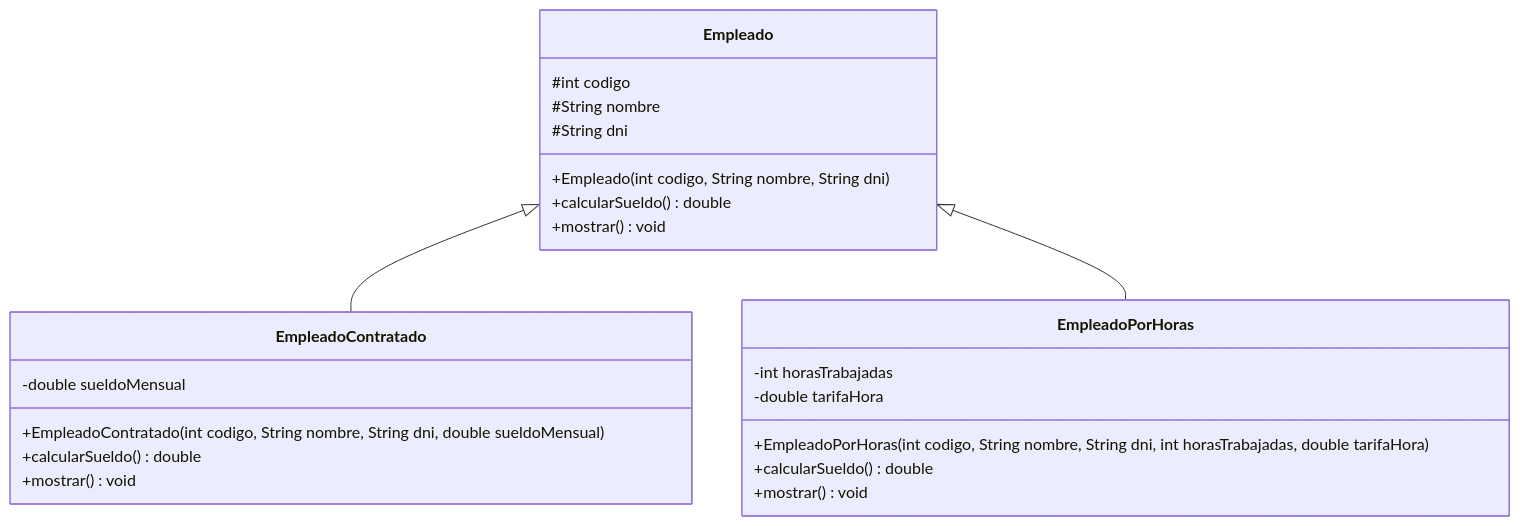
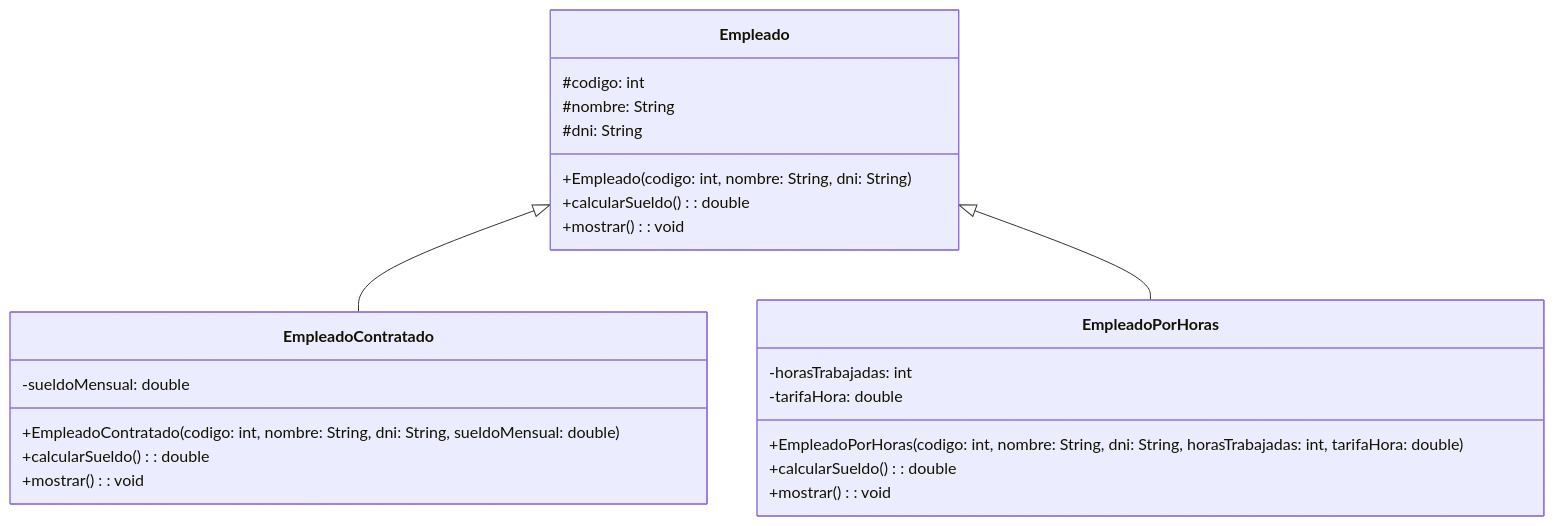
Before and after one commit to CursosProgramacionEP/USIL_SEMANA10: the fourth of 11 diagrams in README.md, drawn with Mermaid. The commit also changed other lines of this file and 1 other file, not shown here.

First line of the commit message:
Diagramas UML en notacion estandar (nombre: Tipo) en README y PRACTICAS_CLASE

````diff
--- a/README.md
+++ b/README.md
@@ -149,26 +149,26 @@
 ```mermaid
 classDiagram
     class Empleado {
-        #int codigo
-        #String nombre
-        #String dni
-        +Empleado(int codigo, String nombre, String dni)
-        +calcularSueldo() double
-        +mostrar() void
+        #codigo: int
+        #nombre: String
+        #dni: String
+        +Empleado(codigo: int, nombre: String, dni: String)
+        +calcularSueldo() : double
+        +mostrar() : void
     }
     class EmpleadoContratado {
-        -double sueldoMensual
-        +EmpleadoContratado(int codigo, String nombre, String dni, double sueldoMensual)
-        +calcularSueldo() double
-        +mostrar() void
+        -sueldoMensual: double
+        +EmpleadoContratado(codigo: int, nombre: String, dni: String, sueldoMensual: double)
+        +calcularSueldo() : double
+        +mostrar() : void
     }
     class EmpleadoPorHoras {
-        -int horasTrabajadas
-        -double tarifaHora
-        +EmpleadoPorHoras(int codigo, String nombre, String dni, int horasTrabajadas, double tarifaHora)
-        +calcularSueldo() double
-        +mostrar() void
+        -horasTrabajadas: int
+        -tarifaHora: double
+        +EmpleadoPorHoras(codigo: int, nombre: String, dni: String, horasTrabajadas: int, tarifaHora: double)
+        +calcularSueldo() : double
+        +mostrar() : void
     }
     Empleado <|-- EmpleadoContratado
     Empleado <|-- EmpleadoPorHoras
 ```
````
